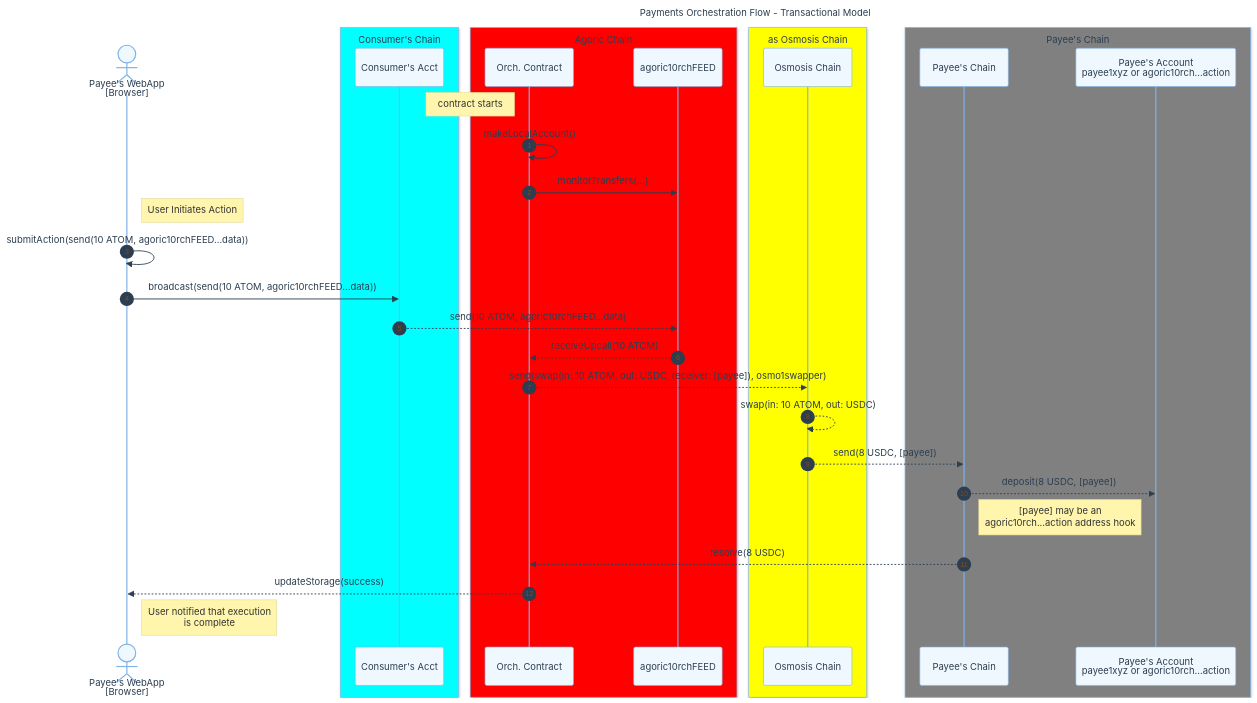
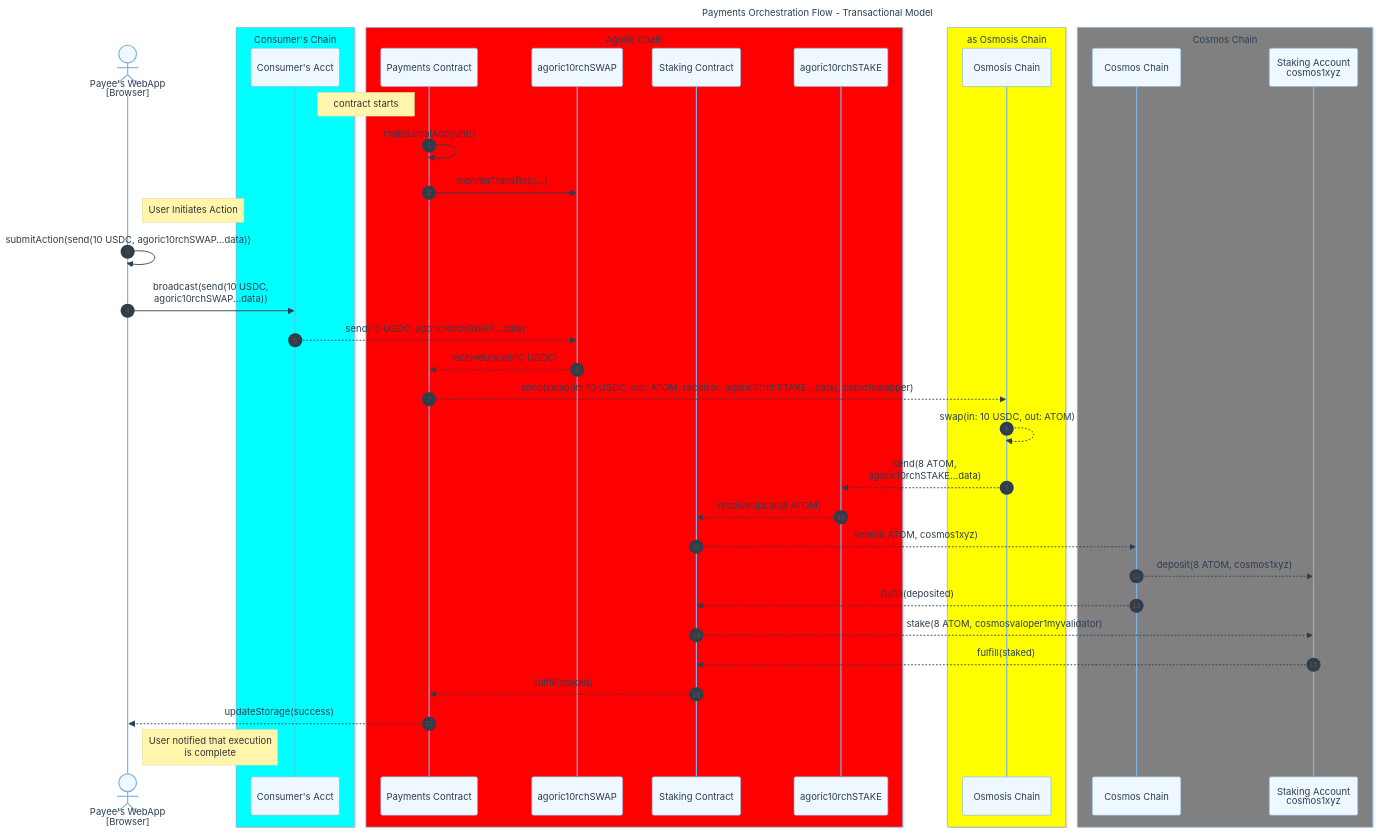
Before and after one commit to Agoric/agoric-sdk: the diagram in packages/payments/test/my-orch-sequence.md, drawn with Mermaid.

Commit message:
docs(payments): update sequence for staking

````diff
--- a/packages/payments/test/my-orch-sequence.md
+++ b/packages/payments/test/my-orch-sequence.md
@@ -1,54 +1,60 @@
 ```mermaid
 %%{init: {
   'theme': 'base',
   'themeVariables': {
     'primaryColor': '#f0f8ff',
     'primaryTextColor': '#2c3e50',
     'primaryBorderColor': '#7fb2e6',
     'lineColor': '#7fb2e6',
     'secondaryColor': '#f6f8fa',
     'tertiaryColor': '#fff5e6'
   }
 }}%%
 sequenceDiagram
     title Payments Orchestration Flow - Transactional Model
     autonumber
     actor webUA as Payee's WebApp<br/>[Browser]
     %% [Where it runs]
     box Aqua Consumer's Chain
     participant acctOrig as Consumer's Acct
     end
     box Red Agoric Chain
-    participant myOrch as Orch. Contract
-    participant orchLCA1 as agoric10rchFEED
+    participant myOrch as Payments Contract
+    participant orchSWAP as agoric10rchSWAP
+    participant myAction as Staking Contract
+    participant orchAction as agoric10rchSTAKE
     end
     box Yellow as Osmosis Chain
     participant chainDex as Osmosis Chain
     end
-    box Grey Payee's Chain
-    participant chainPay as Payee's Chain
-    participant acctDest as Payee's Account<br />payee1xyz or agoric10rch...action
+    box Grey Cosmos Chain
+    participant chainStake as Cosmos Chain
+    participant acctICA as Staking Account<br />cosmos1xyz
     end
 
     %% Notation: ->> for initial message, -->> for consequences
 
     note left of myOrch: contract starts
     myOrch ->> myOrch: makeLocalAccount()
-    myOrch ->> orchLCA1: monitorTransfers(...)
+    myOrch ->> orchSWAP: monitorTransfers(...)
     
     note right of webUA: User Initiates Action
-    webUA ->> webUA: submitAction(send(10 ATOM, agoric10rchFEED...data))
-    webUA ->> acctOrig: broadcast(send(10 ATOM, agoric10rchFEED...data))
-    acctOrig -->> orchLCA1: send(10 ATOM, agoric10rchFEED...data)
-    orchLCA1 -->> myOrch: receiveUpcall(10 ATOM)
-    myOrch -->> chainDex: send(swap(in: 10 ATOM, out: USDC, receiver: [payee]), osmo1swapper)
-    chainDex -->> chainDex: swap(in: 10 ATOM, out: USDC)
-    chainDex -->> chainPay: send(8 USDC, [payee])
+    webUA ->> webUA: submitAction(send(10 USDC, agoric10rchSWAP...data))
+    webUA ->> acctOrig: broadcast(send(10 USDC,<br/>  agoric10rchSWAP...data))
+    acctOrig -->> orchSWAP: send(10 USDC, agoric10rchSWAP...data)
+    orchSWAP -->> myOrch: receiveUpcall(10 USDC)
+    myOrch -->> chainDex: send(swap(in: 10 USDC, out: ATOM, receiver: agoric10rchSTAKE...data), osmo1swapper)
+    chainDex -->> chainDex: swap(in: 10 USDC, out: ATOM)
+    chainDex -->> orchAction: send(8 ATOM,<br/> agoric10rchSTAKE...data)
 
-    chainPay -->> acctDest: deposit(8 USDC, [payee])
-    note right of chainPay: [payee] may be an<br/>agoric10rch...action address hook
+    orchAction -->> myAction: receiveUpcall(8 ATOM)
+    myAction -->> chainStake: send(8 ATOM, cosmos1xyz)
+    chainStake -->> acctICA: deposit(8 ATOM, cosmos1xyz)
+    chainStake -->> myAction: fulfill(deposited)
+    myAction -->> acctICA: stake(8 ATOM, cosmosvaloper1myvalidator)
+    acctICA -->> myAction: fulfill(staked)
 
-    chainPay -->> myOrch: resolve(8 USDC)
+    myAction -->> myOrch: fulfill(staked)
     myOrch -->> webUA: updateStorage(success)
     note right of webUA: User notified that execution<br/>is complete
 ```
````
